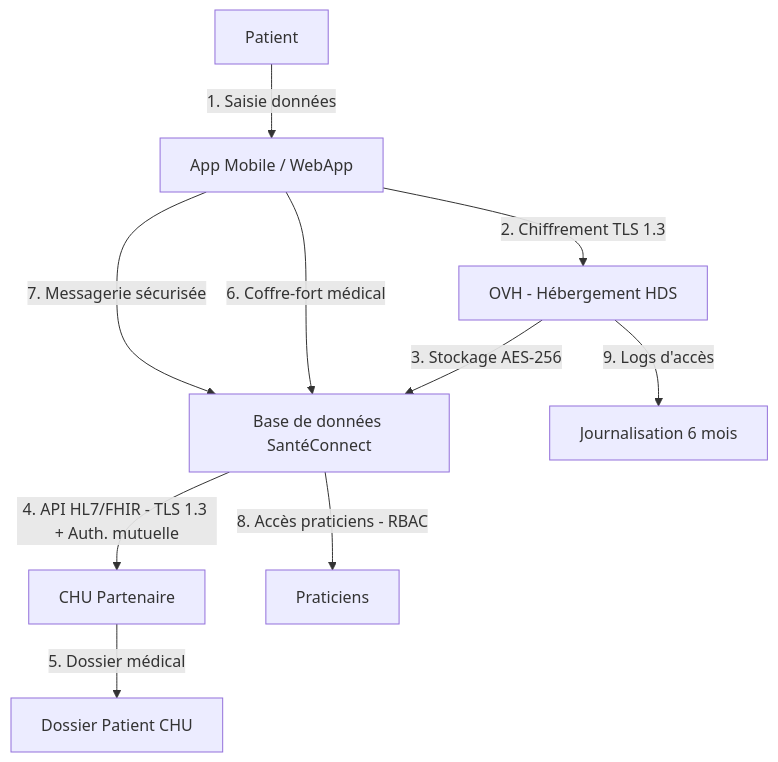
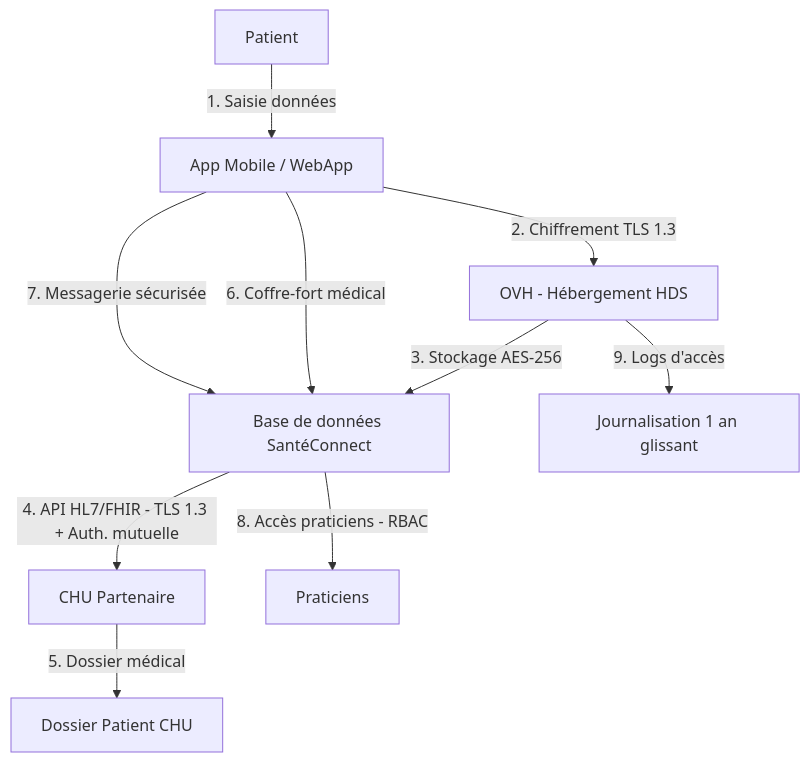
One commit to solenefig-lab/grc-pme-fictive changed the diagram in semaine-2-rgpd-hds/aipd-synthetique.md. Above: the diagram before and after it, drawn with Mermaid. The commit also changed other lines of this file and 10 other files, not shown here.

Commit message:
docs(S3): Classification et rétention : RH/paie Critique, paiement Sensible, logs 1 an glissant

````diff
--- a/semaine-2-rgpd-hds/aipd-synthetique.md
+++ b/semaine-2-rgpd-hds/aipd-synthetique.md
@@ -56,12 +56,12 @@
 ```mermaid
 graph TD
     A[Patient] -->|1. Saisie données| B[App Mobile / WebApp]
     B -->|2. Chiffrement TLS 1.3| C[OVH - Hébergement HDS]
     C -->|3. Stockage AES-256| D[Base de données SantéConnect]
     D -->|4. API HL7/FHIR - TLS 1.3 + Auth. mutuelle| E[CHU Partenaire]
     E -->|5. Dossier médical| F[Dossier Patient CHU]
     B -->|6. Coffre-fort médical| D
     B -->|7. Messagerie sécurisée| D
     D -->|8. Accès praticiens - RBAC| G[Praticiens]
-    C -->|9. Logs d'accès| H[Journalisation 6 mois]
+    C -->|9. Logs d'accès| H[Journalisation 1 an glissant]
 ```
````
